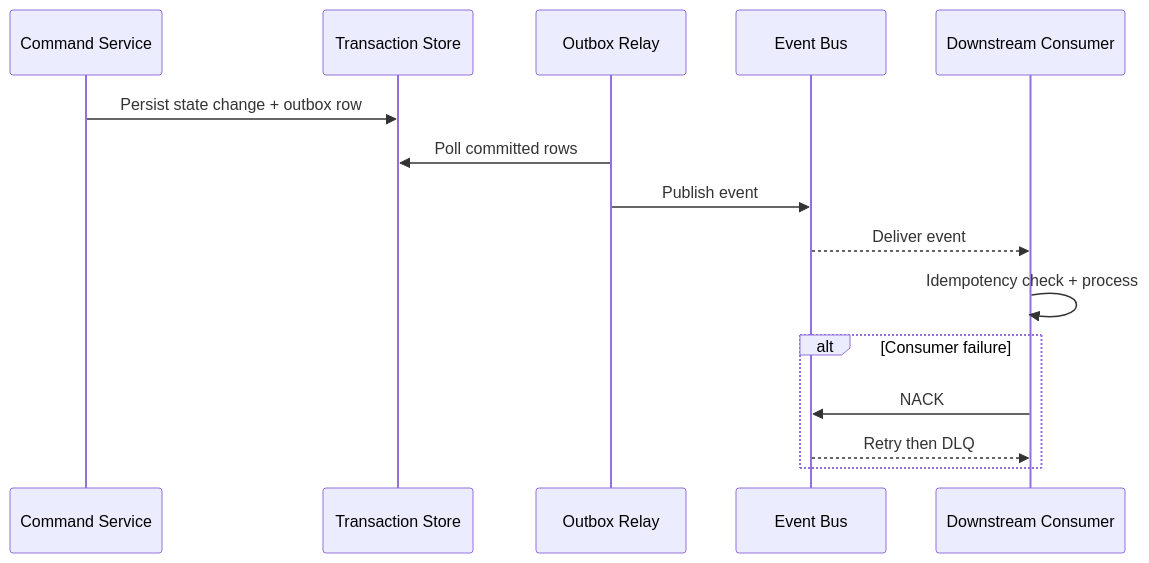
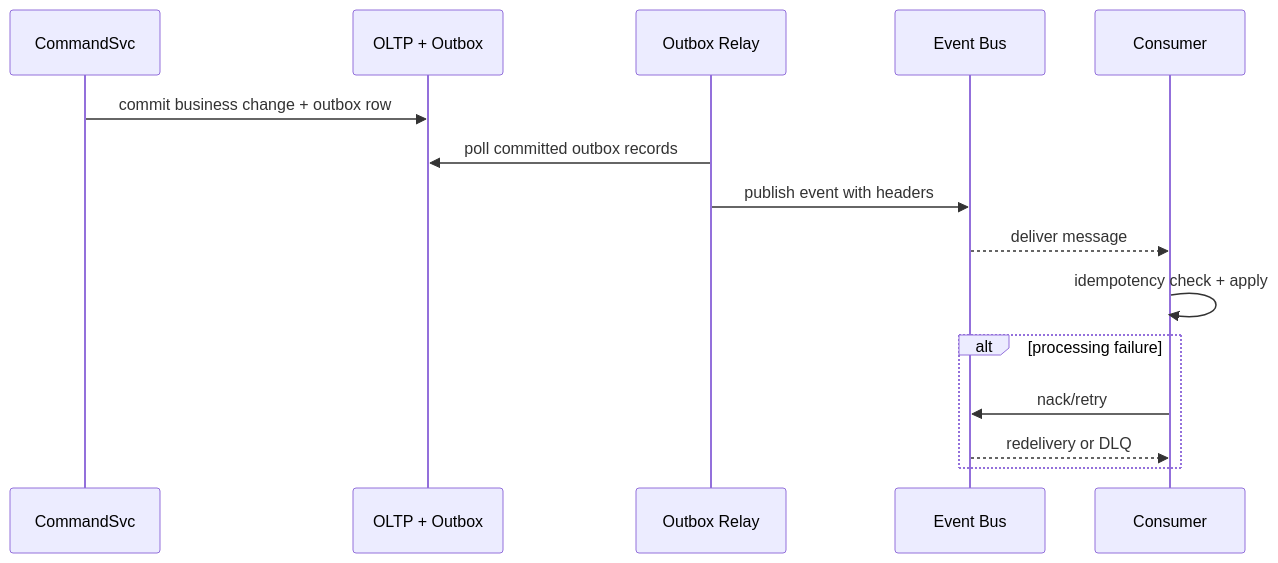
One commit to 0Ankit0/Project-Ideas changed the diagram in Warehouse Management System/analysis/event-catalog.md. Above: the diagram before and after it, drawn with Mermaid. The commit also changed other lines of this file and 38 other files, not shown here.

````diff
--- a/Warehouse Management System/analysis/event-catalog.md
+++ b/Warehouse Management System/analysis/event-catalog.md
@@ -21,17 +27,18 @@
 ```mermaid
 sequenceDiagram
-    participant API as Command Service
-    participant DB as Transaction Store
-    participant Outbox as Outbox Relay
+    participant CommandSvc
+    participant DB as OLTP + Outbox
+    participant Relay as Outbox Relay
     participant Bus as Event Bus
-    participant Consumer as Downstream Consumer
-    API->>DB: Persist state change + outbox row
-    Outbox->>DB: Poll committed rows
-    Outbox->>Bus: Publish event
-    Bus-->>Consumer: Deliver event
-    Consumer->>Consumer: Idempotency check + process
-    alt Consumer failure
-        Consumer->>Bus: NACK
-        Bus-->>Consumer: Retry then DLQ
+    participant Consumer
+
+    CommandSvc->>DB: commit business change + outbox row
+    Relay->>DB: poll committed outbox records
+    Relay->>Bus: publish event with headers
+    Bus-->>Consumer: deliver message
+    Consumer->>Consumer: idempotency check + apply
+    alt processing failure
+      Consumer->>Bus: nack/retry
+      Bus-->>Consumer: redelivery or DLQ
     end
 ```
````
